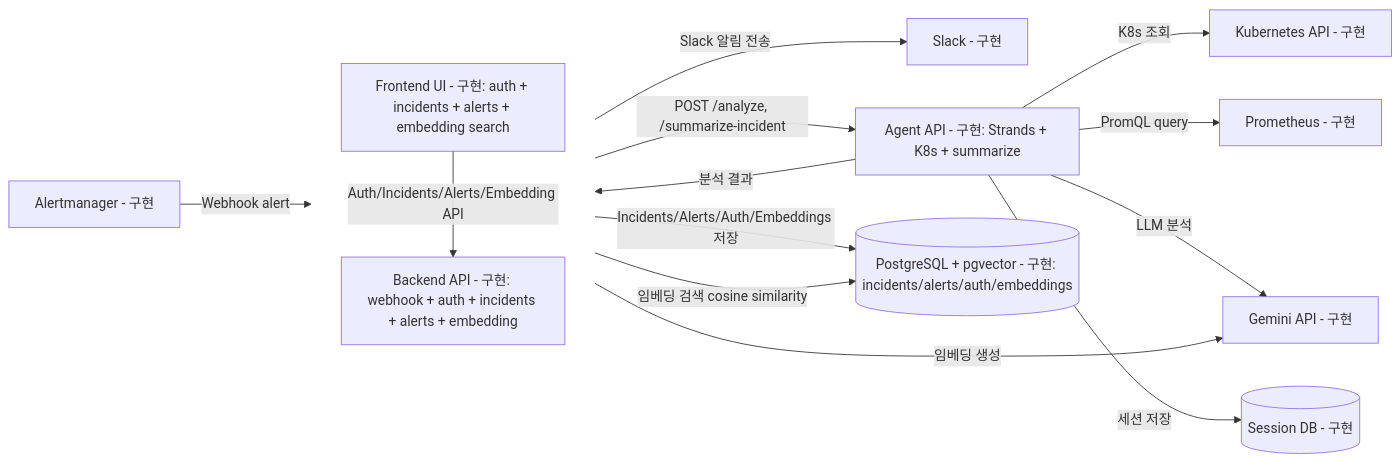
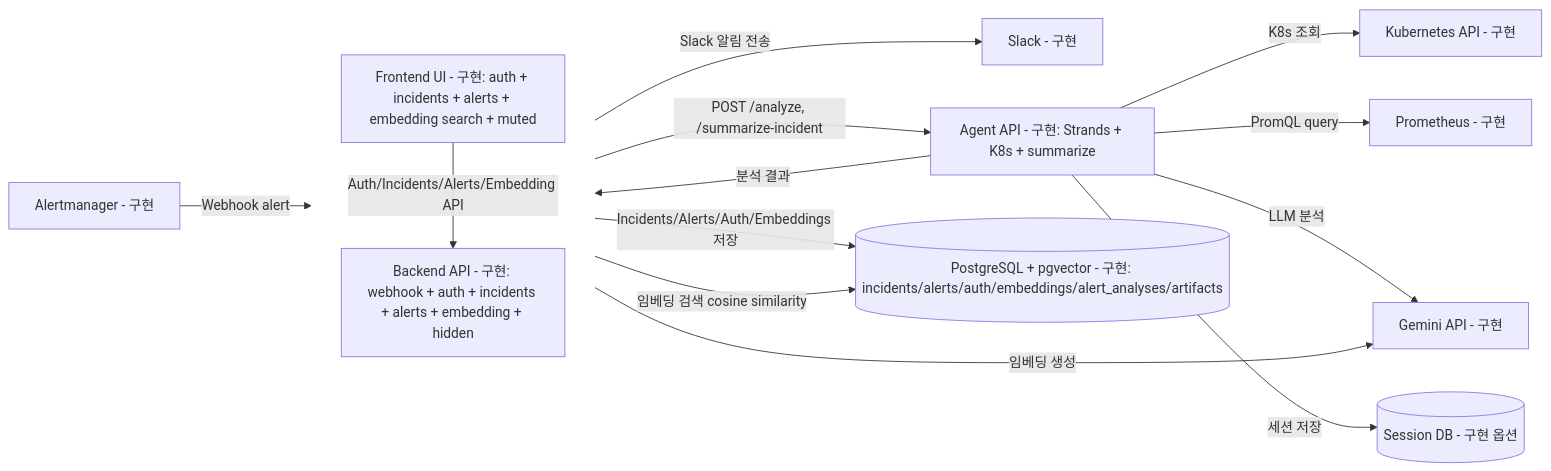
The diagram in docs/diagrams/system_context_diagram.md (kube-rca/kuberca), drawn with Mermaid before and after one commit. The commit also changed 3 other files, not shown here.

Commit message:
docs(github): sync diagrams and project docs

````diff
--- a/docs/diagrams/system_context_diagram.md
+++ b/docs/diagrams/system_context_diagram.md
@@ -1,37 +1,37 @@
 ```mermaid
 flowchart LR
   %% External
   AM[Alertmanager - 구현]
   SL[Slack - 구현]
   LLM[Gemini API - 구현]
   PR[Prometheus - 구현]
   K8S[Kubernetes API - 구현]
 
   %% Internal
   subgraph Core[" "]
     direction TB
-    FE[Frontend UI - 구현: auth + incidents + alerts + embedding search]
-    BE[Backend API - 구현: webhook + auth + incidents + alerts + embedding]
+    FE[Frontend UI - 구현: auth + incidents + alerts + embedding search + muted]
+    BE[Backend API - 구현: webhook + auth + incidents + alerts + embedding + hidden]
   end
   style Core fill:transparent,stroke:transparent
 
   AG[Agent API - 구현: Strands + K8s + summarize]
-  PG[(PostgreSQL + pgvector - 구현: incidents/alerts/auth/embeddings)]
-  SDB[(Session DB - 구현)]
+  PG[(PostgreSQL + pgvector - 구현: incidents/alerts/auth/embeddings/alert_analyses/artifacts)]
+  SDB[(Session DB - 구현 옵션)]
 
   AM -->|Webhook alert| BE
   BE -->|Slack 알림 전송| SL
 
   FE -->|Auth/Incidents/Alerts/Embedding API| BE
   BE -->|POST /analyze, /summarize-incident| AG
   AG -->|분석 결과| BE
 
   AG -->|K8s 조회| K8S
   AG -->|PromQL query| PR
   AG -->|LLM 분석| LLM
   BE -->|임베딩 생성| LLM
 
   BE -->|Incidents/Alerts/Auth/Embeddings 저장| PG
   BE -->|임베딩 검색 cosine similarity| PG
   AG -->|세션 저장| SDB
 ```
````
